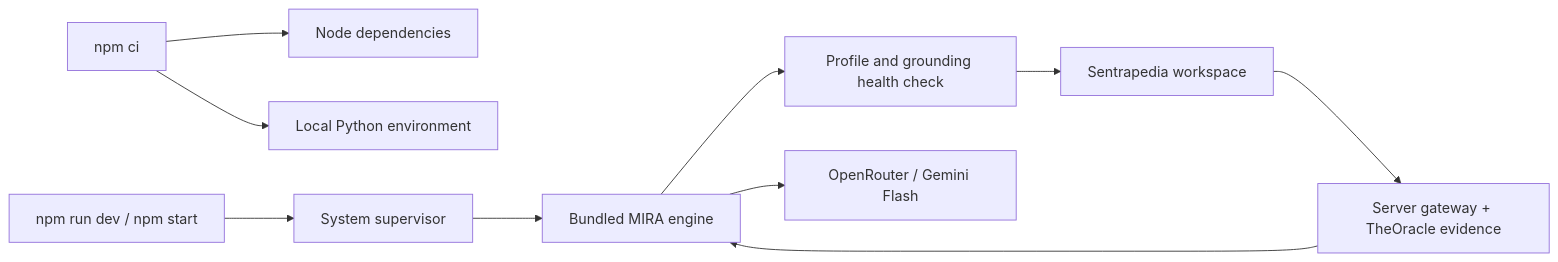
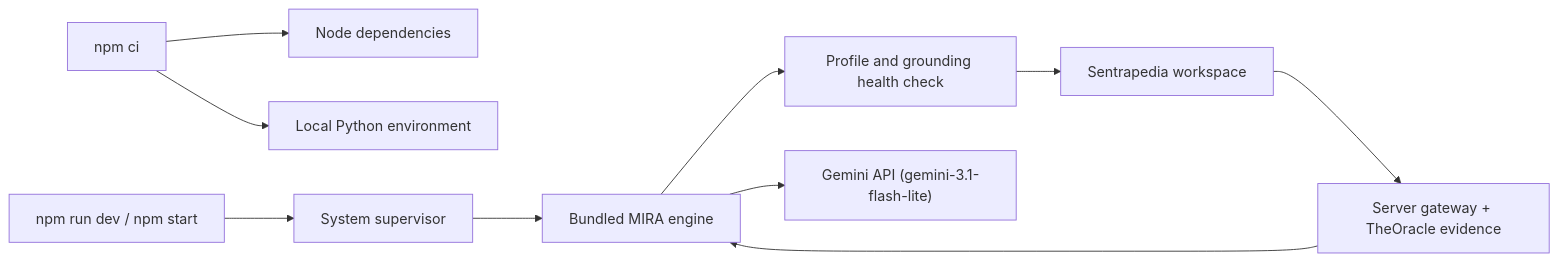
Before and after one commit to drferdi/Sentrapedia: the diagram in docs/mira-integration.md, drawn with Mermaid. The commit also changed other lines of this file and 13 other files, not shown here.

````diff
--- a/docs/mira-integration.md
+++ b/docs/mira-integration.md
@@ -6,12 +6,12 @@
 ```mermaid
 flowchart LR
   Install["npm ci"] --> Node["Node dependencies"]
   Install --> Python["Local Python environment"]
   Start["npm run dev / npm start"] --> Supervisor["System supervisor"]
   Supervisor --> Engine["Bundled MIRA engine"]
   Engine --> Ready["Profile and grounding health check"]
   Ready --> Web["Sentrapedia workspace"]
   Web --> Gateway["Server gateway + TheOracle evidence"]
   Gateway --> Engine
-  Engine --> Provider["OpenRouter / Gemini Flash"]
+  Engine --> Provider["Gemini API (gemini-3.1-flash-lite)"]
 ```
````
